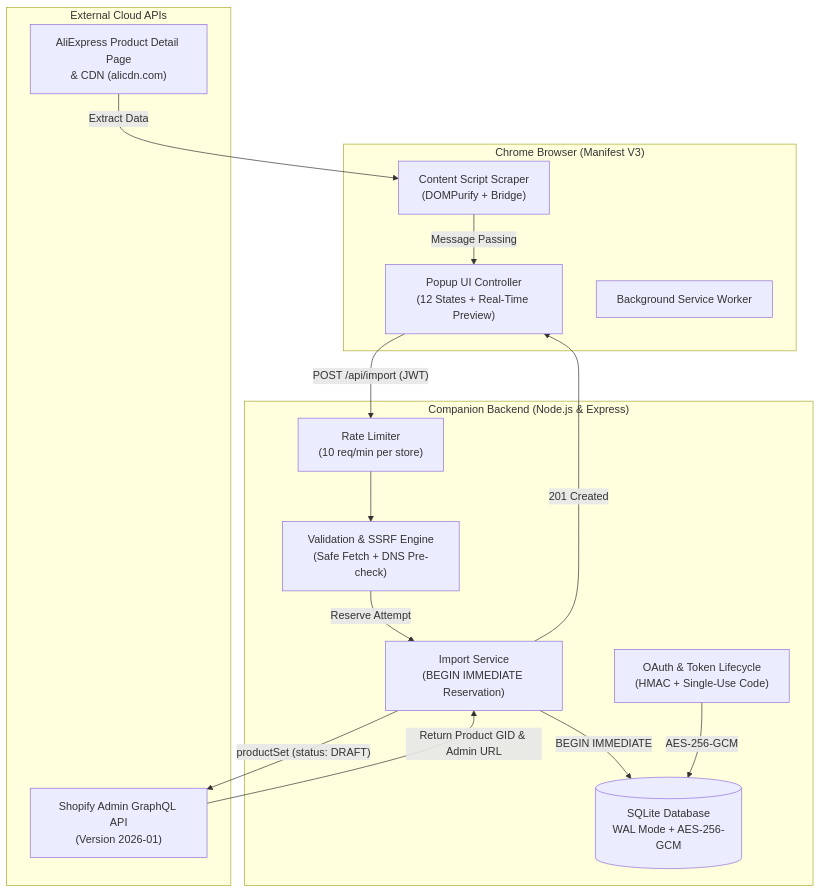
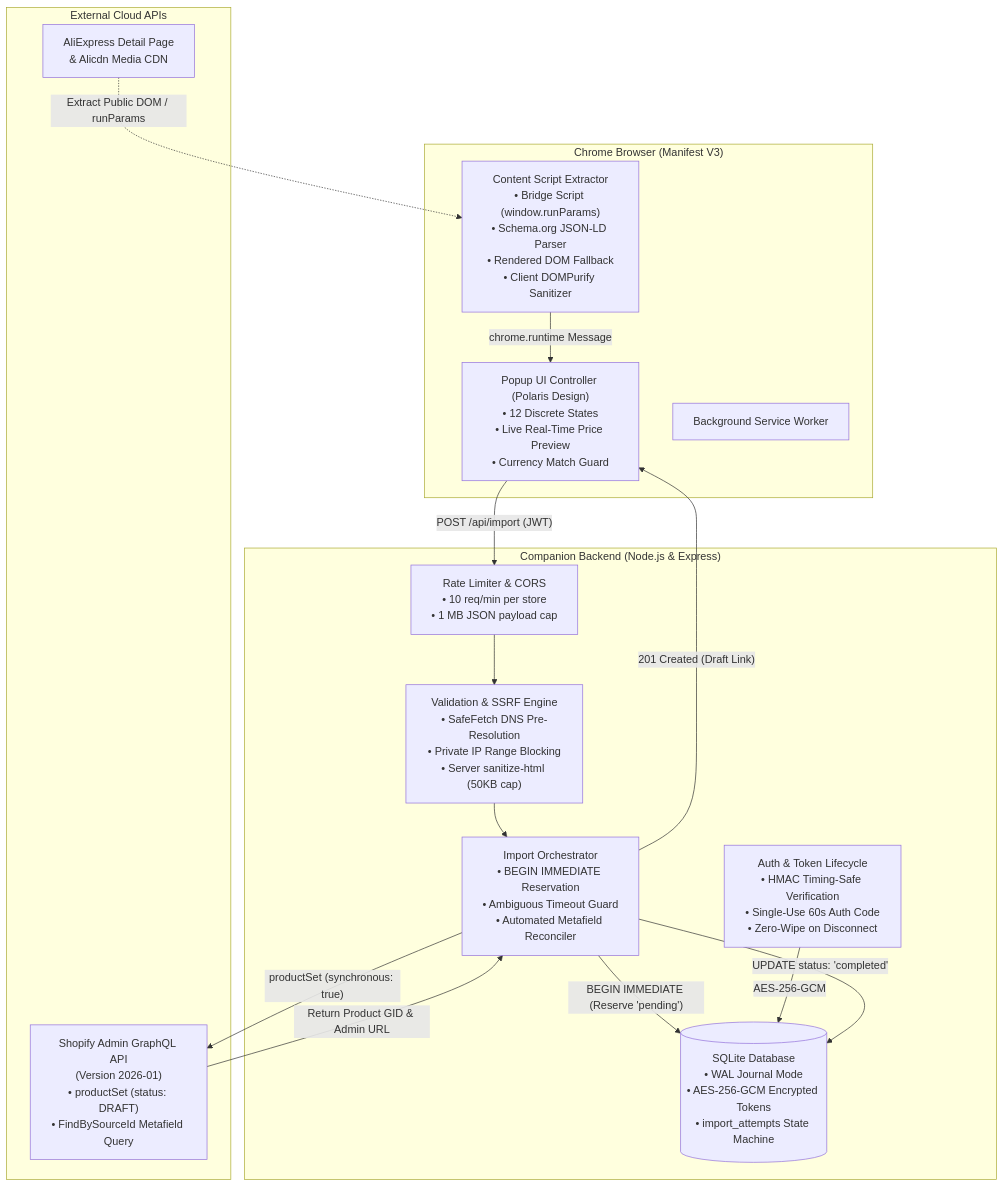
The first of 2 diagrams in README.md (nizamuddin3080/Aliexpress-oneclick-import), drawn with Mermaid before and after one commit. The commit also changed other lines of this file, not shown here.

Commit message:
docs: revamp README to production-grade standard with interactive sequence diagrams, comparison matrix, and deep dives

````diff
--- a/README.md
+++ b/README.md
@@ -57,32 +67,33 @@
 ```mermaid
 flowchart TB
     subgraph Browser["Chrome Browser (Manifest V3)"]
-        CS["Content Script Scraper<br/>(DOMPurify + Bridge)"]
-        POP["Popup UI Controller<br/>(12 States + Real-Time Preview)"]
+        CS["Content Script Extractor<br/>• Bridge Script (window.runParams)<br/>• Schema.org JSON-LD Parser<br/>• Rendered DOM Fallback<br/>• Client DOMPurify Sanitizer"]
+        POP["Popup UI Controller (Polaris Design)<br/>• 12 Discrete States<br/>• Live Real-Time Price Preview<br/>• Currency Match Guard"]
         SW["Background Service Worker"]
     end
 
     subgraph Server["Companion Backend (Node.js & Express)"]
-        AUTH["OAuth & Token Lifecycle<br/>(HMAC + Single-Use Code)"]
-        VAL["Validation & SSRF Engine<br/>(Safe Fetch + DNS Pre-check)"]
-        RATE["Rate Limiter<br/>(10 req/min per store)"]
-        IMPS["Import Service<br/>(BEGIN IMMEDIATE Reservation)"]
-        DB[("SQLite Database<br/>WAL Mode + AES-256-GCM")]
+        RATE["Rate Limiter & CORS<br/>• 10 req/min per store<br/>• 1 MB JSON payload cap"]
+        AUTH["Auth & Token Lifecycle<br/>• HMAC Timing-Safe Verification<br/>• Single-Use 60s Auth Code<br/>• Zero-Wipe on Disconnect"]
+        VAL["Validation & SSRF Engine<br/>• SafeFetch DNS Pre-Resolution<br/>• Private IP Range Blocking<br/>• Server sanitize-html (50KB cap)"]
+        IMPS["Import Orchestrator<br/>• BEGIN IMMEDIATE Reservation<br/>• Ambiguous Timeout Guard<br/>• Automated Metafield Reconciler"]
+        DB[("SQLite Database<br/>• WAL Journal Mode<br/>• AES-256-GCM Encrypted Tokens<br/>• import_attempts State Machine")]
     end
 
     subgraph External["External Cloud APIs"]
-        ALI["AliExpress Product Detail Page<br/>& CDN (alicdn.com)"]
-        SHOP["Shopify Admin GraphQL API<br/>(Version 2026-01)"]
+        ALI["AliExpress Detail Page<br/>& Alicdn Media CDN"]
+        SHOP["Shopify Admin GraphQL API<br/>(Version 2026-01)<br/>• productSet (status: DRAFT)<br/>• FindBySourceId Metafield Query"]
     end
 
-    ALI -->|"Extract Data"| CS
-    CS -->|"Message Passing"| POP
+    ALI -.->|"Extract Public DOM / runParams"| CS
+    CS -->|"chrome.runtime Message"| POP
     POP -->|"POST /api/import (JWT)"| RATE
     RATE --> VAL
-    VAL -->|"Reserve Attempt"| IMPS
-    IMPS -->|"BEGIN IMMEDIATE"| DB
+    VAL --> IMPS
+    IMPS -->|"BEGIN IMMEDIATE (Reserve 'pending')"| DB
     AUTH -->|"AES-256-GCM"| DB
-    IMPS -->|"productSet (status: DRAFT)"| SHOP
+    IMPS -->|"productSet (synchronous: true)"| SHOP
     SHOP -->|"Return Product GID & Admin URL"| IMPS
-    IMPS -->|"201 Created"| POP
+    IMPS -->|"UPDATE status: 'completed'"| DB
+    IMPS -->|"201 Created (Draft Link)"| POP
 ```
````
